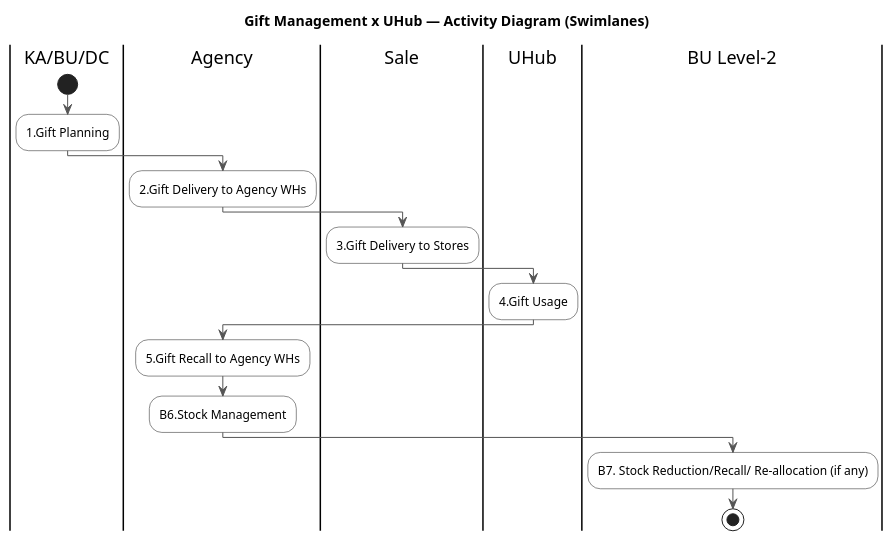
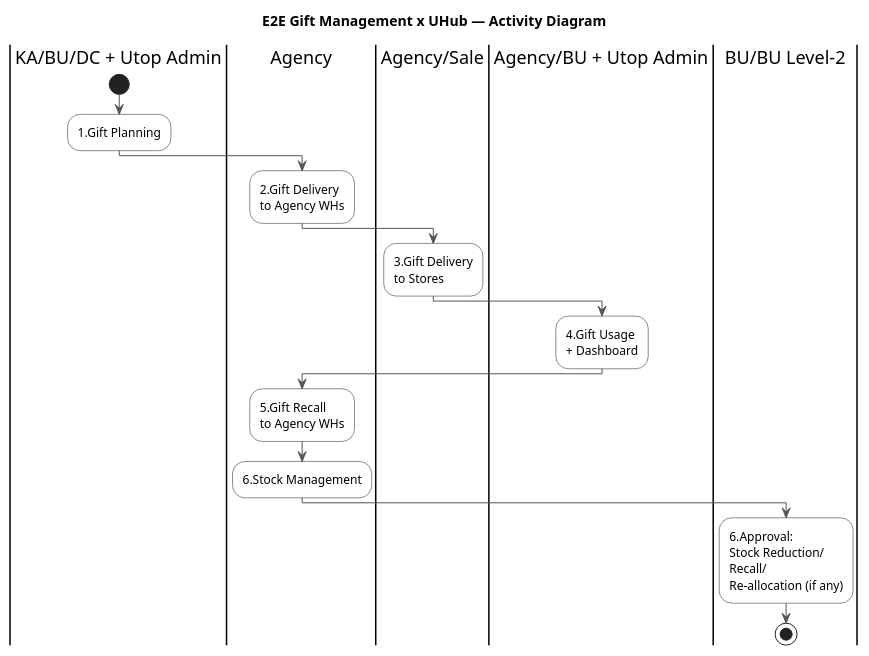
Before and after one commit to bacaheo/2025-Aug-Uhub-E2E: the first of 2 diagrams in UHub/new-process.md, drawn with PlantUML. The commit also changed other lines of this file and 3 other files, not shown here.

````diff
--- a/UHub/new-process.md
+++ b/UHub/new-process.md
@@ -18,32 +18,32 @@
 ```plantuml
 @startuml
-title Gift Management x UHub — Activity Diagram (Swimlanes)
+title E2E Gift Management x UHub — Activity Diagram
 
 skinparam activity {
   BackgroundColor White
   BarColor #999999
 }
 skinparam arrow {
   Color #555555
 }
 skinparam partition {
   BorderColor #888888
   BackgroundColor #F9F9F9
 }
-|KA/BU/DC|
+|KA/BU/DC + Utop Admin|
 start
 :1.Gift Planning;
 |Agency|
-:2.Gift Delivery to Agency WHs;
-|Sale|
-:3.Gift Delivery to Stores;
-|UHub|
-:4.Gift Usage;
+:2.Gift Delivery\nto Agency WHs;
+|Agency/Sale|
+:3.Gift Delivery\nto Stores;
+|Agency/BU + Utop Admin|
+:4.Gift Usage\n+ Dashboard;
 |Agency|
-:5.Gift Recall to Agency WHs;
-:B6.Stock Management;
-|BU Level-2|
-:B7. Stock Reduction/Recall/ Re-allocation (if any);
+:5.Gift Recall\nto Agency WHs;
+:6.Stock Management;
+|BU/BU Level-2|
+:6.Approval:\nStock Reduction/\nRecall/\nRe-allocation (if any);
 stop
 @enduml
 ```
````
